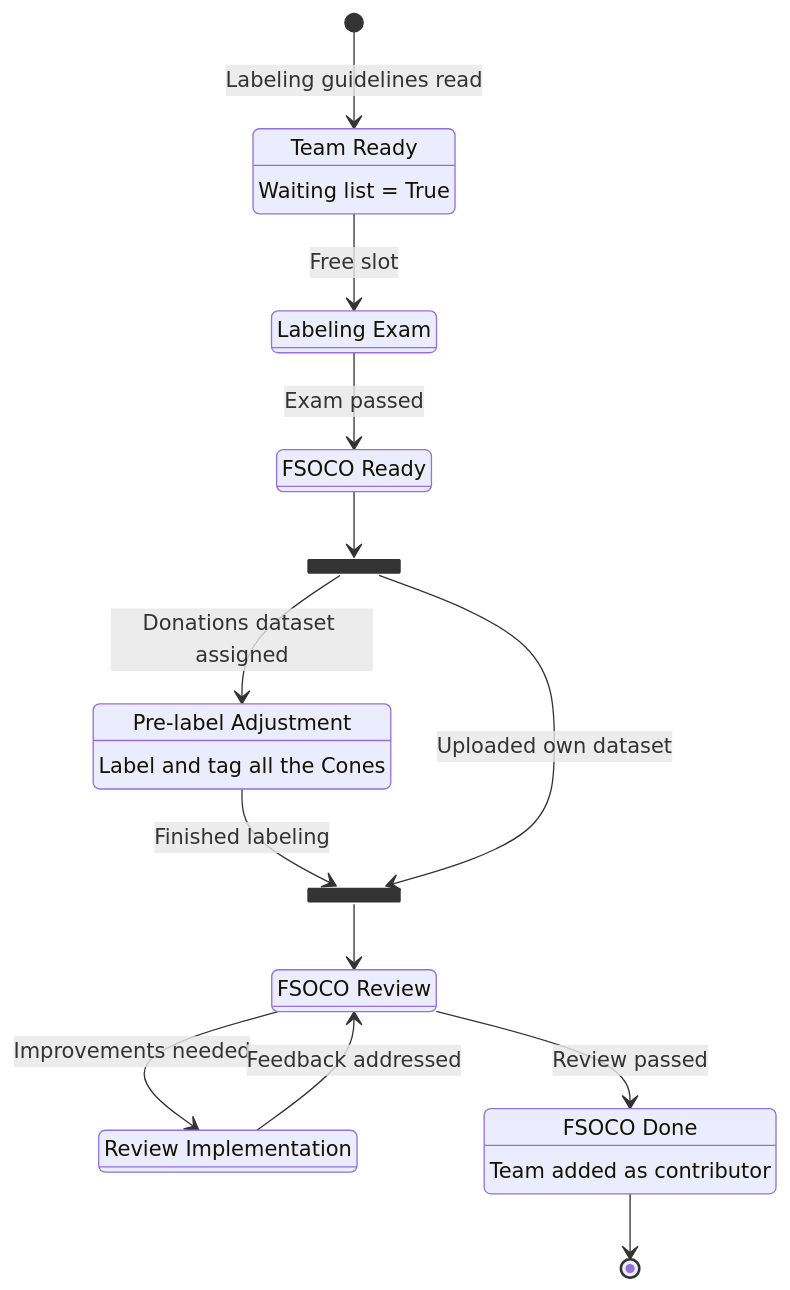
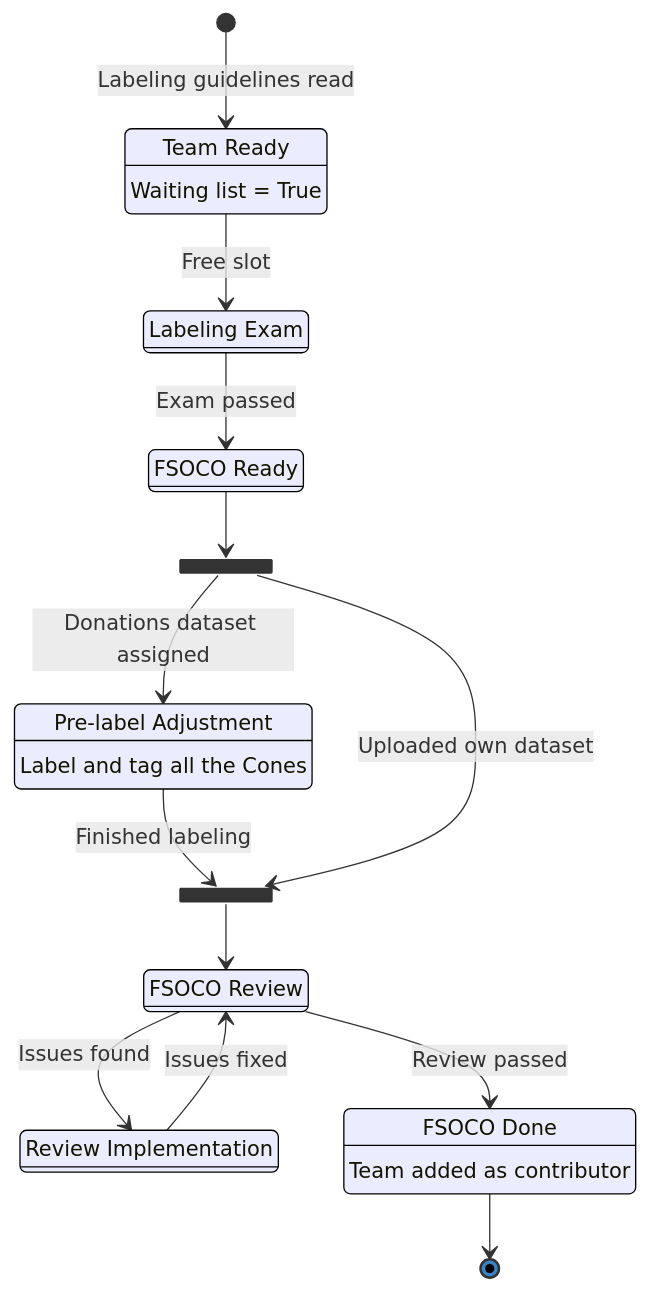
Before and after one commit to mfloto/fsoco-dataset: the diagram in docs/pages/how_to_contribute.md, drawn with Mermaid. The commit also changed 2 other files, not shown here.

Commit message:
Occlusion fix and Mermaid css

```diff
--- a/docs/pages/how_to_contribute.md
+++ b/docs/pages/how_to_contribute.md
@@ -79,29 +79,29 @@
 <div class="mermaid">
-%%{init: {"theme": "default", "themeVariables": { "primaryColor": #aeceea", "nodeBorder": "black", "background": "black", "mainBkg": "#3884c7", "textColor": "#222222", "labelColor": "#ffffff" }}}%%
+%%{init: {"theme": "default", "themeVariables": { "primaryColor": "white", "nodeBorder": "black", "background": "#3884c7", "mainBkg": "#3884c7", "textColor": "#222222", "labelColor": "#ffffff" }}}%%
 
 stateDiagram
   state fork_state <<fork>>
   state join_state <<join>>
     state "Team Ready" as s0: Waiting list = True
     state "Labeling Exam" as s1: 
     state "FSOCO Ready" as s2:
     state "Pre-label Adjustment" as s3: Label and tag all the Cones
     state "Review Implementation" as s4:
     state "FSOCO Review" as s5:
     state "FSOCO Done" as s6: Team added as contributor
     
     
 
     [*] --> s0: Labeling guidelines read
     s0 --> s1: Free slot
     s1 --> s2: Exam passed
     s2 --> fork_state
     fork_state --> s3: Donations dataset assigned
     s3 --> join_state: Finished labeling
     fork_state --> join_state: Uploaded own dataset
     join_state --> s5
     s5 --> s6: Review passed
-    s5 --> s4: Improvements needed
-    s4 --> s5: Feedback addressed
+    s5 --> s4: Issues found
+    s4 --> s5: Issues fixed
     s6 --> [*]
 </div>
```
